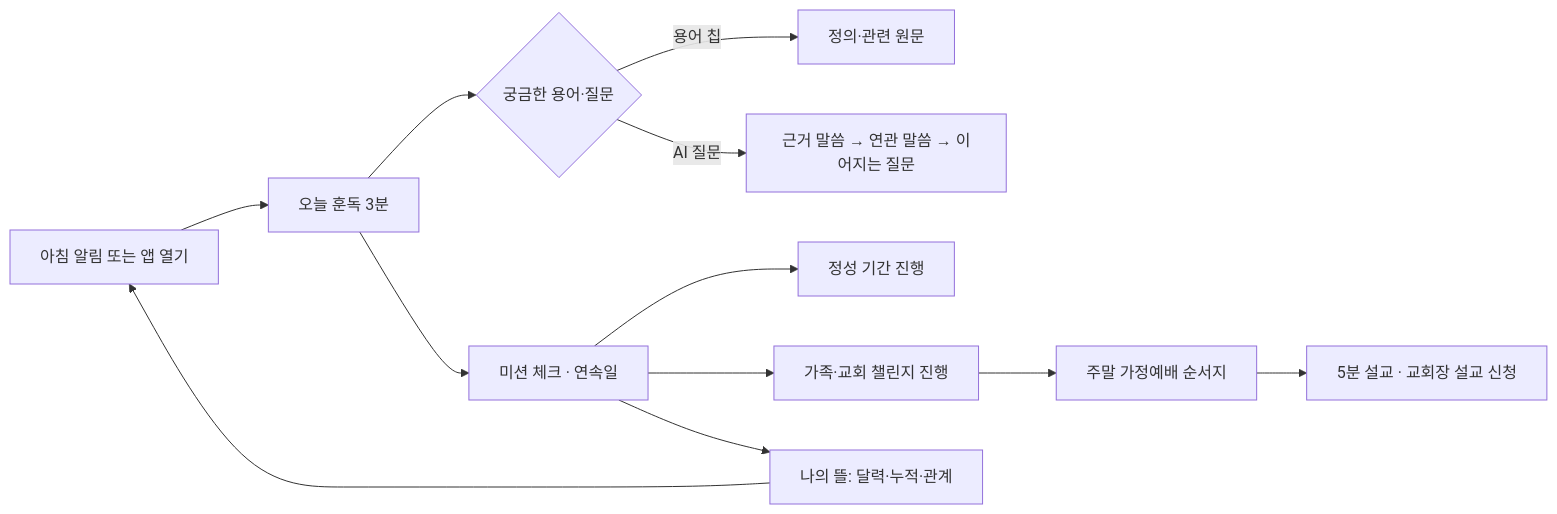
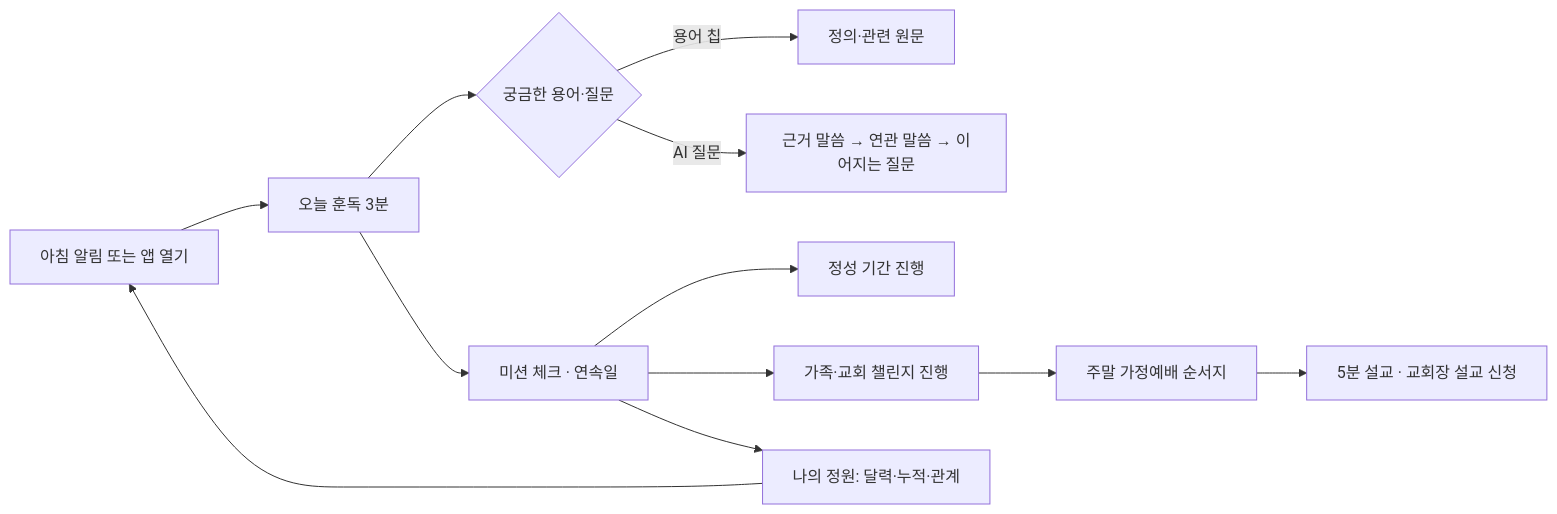
Before and after one commit to woosung-dev/truewords-platform: the diagram in docs/prd/17-ffwpu-pwa-prd.md, drawn with Mermaid. The commit also changed other lines of this file and 3 other files, not shown here.

````diff
--- a/docs/prd/17-ffwpu-pwa-prd.md
+++ b/docs/prd/17-ffwpu-pwa-prd.md
@@ -170,14 +170,14 @@
 ```mermaid
 flowchart LR
     A[아침 알림 또는 앱 열기] --> B[오늘 훈독 3분]
     B --> C{궁금한 용어·질문}
     C -->|용어 칩| D[정의·관련 원문]
     C -->|AI 질문| E[근거 말씀 → 연관 말씀 → 이어지는 질문]
     B --> F[미션 체크 · 연속일]
     F --> G[정성 기간 진행]
     F --> H[가족·교회 챌린지 진행]
     H --> I[주말 가정예배 순서지]
     I --> J[5분 설교 · 교회장 설교 신청]
-    F --> K[나의 뜰: 달력·누적·관계]
+    F --> K[나의 정원: 달력·누적·관계]
     K --> A
 ```
````
